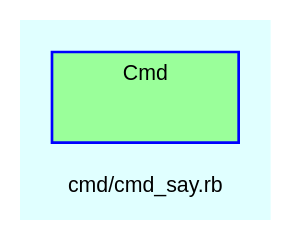
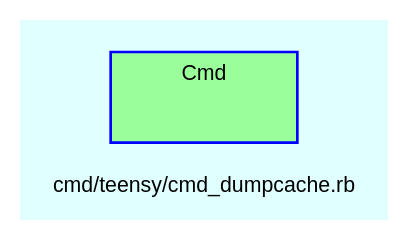
Before and after one commit to Tyche/teensymud: the diagram in doc/dot/f_53.dot, drawn with Graphviz. The commit also changed 297 other files, not shown here.

```diff
--- a/doc/dot/f_53.dot
+++ b/doc/dot/f_53.dot
@@ -1,29 +1,29 @@
 digraph TopLevel {
     compound = true
     bgcolor = lightcyan1
     fontname = Arial
     fontsize = 8
-    label = "cmd/cmd_say.rb"
+    label = "cmd/teensy/cmd_dumpcache.rb"
     node [
         fontname = Arial,
         fontsize = 8,
         color = black
     ]
 
     subgraph cluster_Cmd {
         fillcolor = palegreen1
         URL = "classes/Cmd.html"
         fontname = Arial
         color = blue
         label = "Cmd"
         style = filled
         Cmd [
             shape = plaintext,
             height = 0.01,
             width = 0.75,
             label = ""
         ]
 
     }
 
 }
```
